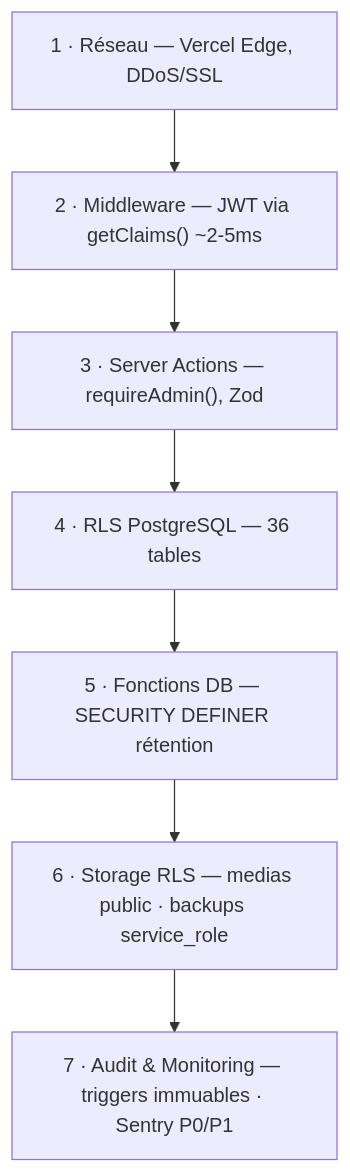
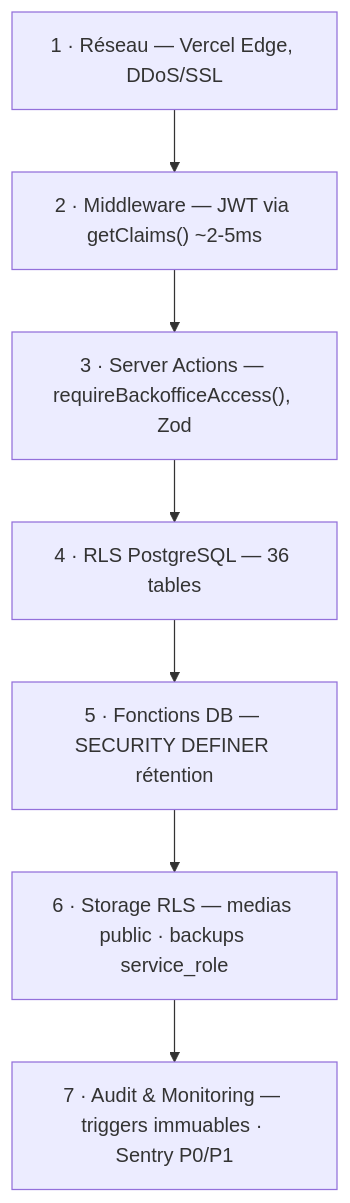
Before and after one commit to YanBerdin/rougecardinalcompany: the second of 2 diagrams in README.md, drawn with Mermaid. The commit also changed 9 other files, not shown here.

````diff
--- a/README.md
+++ b/README.md
@@ -134,12 +134,12 @@
 ```mermaid
 flowchart TB
   L1["1 · Réseau — Vercel Edge, DDoS/SSL"]
   L2["2 · Middleware — JWT via getClaims() ~2-5ms"]
-  L3["3 · Server Actions — requireAdmin(), Zod"]
+  L3["3 · Server Actions — requireBackofficeAccess(), Zod"]
   L4["4 · RLS PostgreSQL — 36 tables"]
   L5["5 · Fonctions DB — SECURITY DEFINER rétention"]
   L6["6 · Storage RLS — medias public · backups service_role"]
   L7["7 · Audit & Monitoring — triggers immuables · Sentry P0/P1"]
 
   L1 --> L2 --> L3 --> L4 --> L5 --> L6 --> L7
 ```
````
